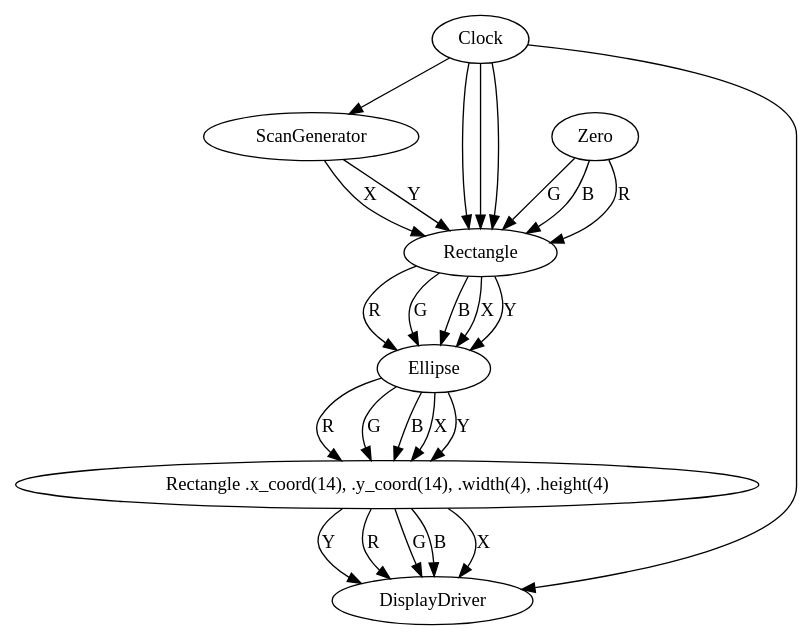
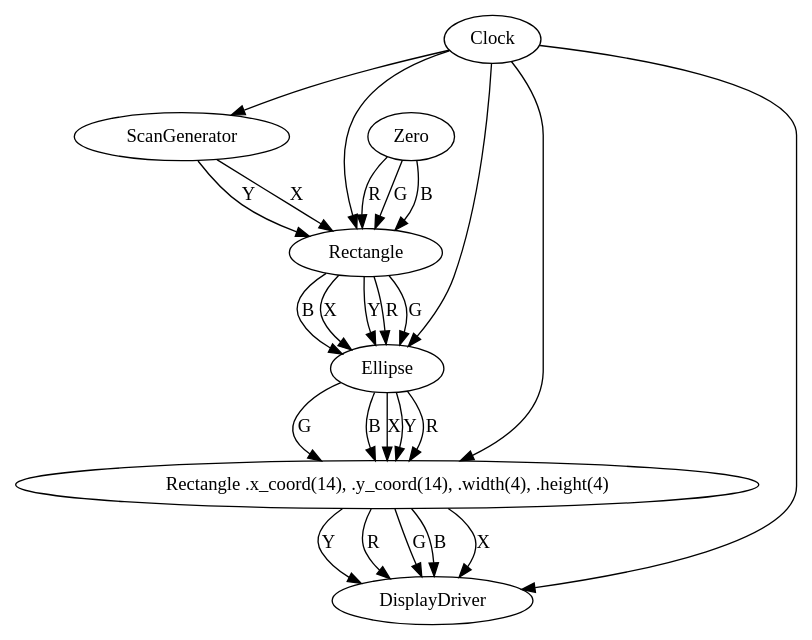
One commit to Db2515/FPGA_Rapid_Render changed the diagram in example_flow/src/flow_representation/end_to_end.dot. Above: the diagram before and after it, drawn with Graphviz. The commit also changed 1 other file, not shown here.

Commit message:
Correct where the clk goes to in dot graph

```diff
--- a/example_flow/src/flow_representation/end_to_end.dot
+++ b/example_flow/src/flow_representation/end_to_end.dot
@@ -1,37 +1,37 @@
  digraph Circuit {
       ScanGenerator [label="ScanGenerator"];
       Shape0 [label="Rectangle"];
       Shape1 [label="Ellipse"];
       Shape2 [label="Rectangle .x_coord(14), .y_coord(14), .width(4), .height(4)"];
       DisplayDriver [label="DisplayDriver"];
  
       Clock -> ScanGenerator:Clock;
       Clock -> Shape0:Clock;
-      Clock -> Shape0:Clock;
-      Clock -> Shape0:Clock;
+      Clock -> Shape1:Clock;
+      Clock -> Shape2:Clock;
       Clock -> DisplayDriver:Clock;
  
       ScanGenerator:OutputX -> Shape0:InputX [label="X"];
       ScanGenerator:OutputY -> Shape0:InputY [label="Y"];
       Zero -> Shape0:InputR [label="R"];
       Zero -> Shape0:InputG [label="G"];
       Zero -> Shape0:InputB [label="B"];
  
       Shape0:OutputX -> Shape1:InputX [label="X"];
       Shape0:OutputY -> Shape1:InputY [label="Y"];
       Shape0:OutputR -> Shape1:InputR [label="R"];
       Shape0:OutputG -> Shape1:InputG [label="G"];
       Shape0:OutputB -> Shape1:InputB [label="B"];
  
       Shape1:OutputX -> Shape2:InputX [label="X"];
       Shape1:OutputY -> Shape2:InputY [label="Y"];
       Shape1:OutputR -> Shape2:InputR [label="R"];
       Shape1:OutputG -> Shape2:InputG [label="G"];
       Shape1:OutputB -> Shape2:InputB [label="B"];
  
       Shape2:OutputX -> DisplayDriver:InputX [label="X"];
       Shape2:OutputY -> DisplayDriver:InputY [label="Y"];
       Shape2:OutputR -> DisplayDriver:InputR [label="R"];
       Shape2:OutputG -> DisplayDriver:InputG [label="G"];
       Shape2:OutputB -> DisplayDriver:InputB [label="B"];
 }
```
